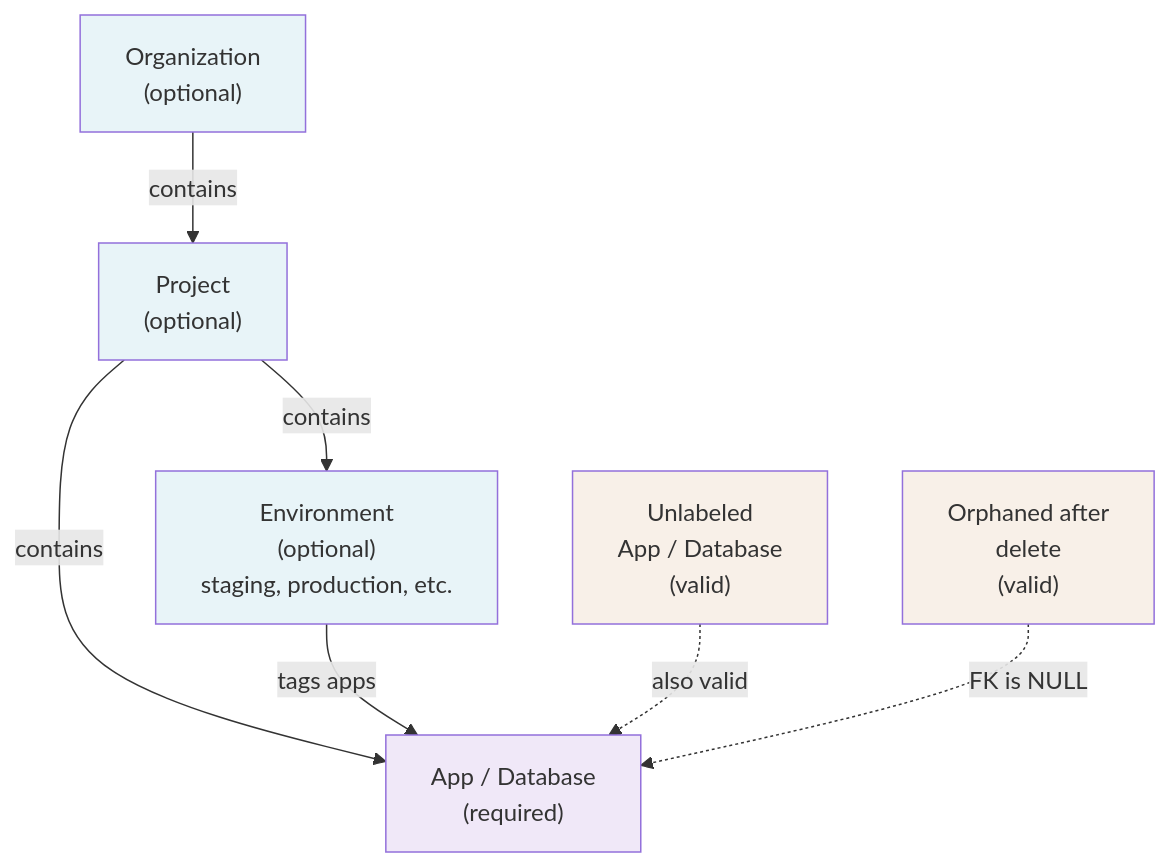
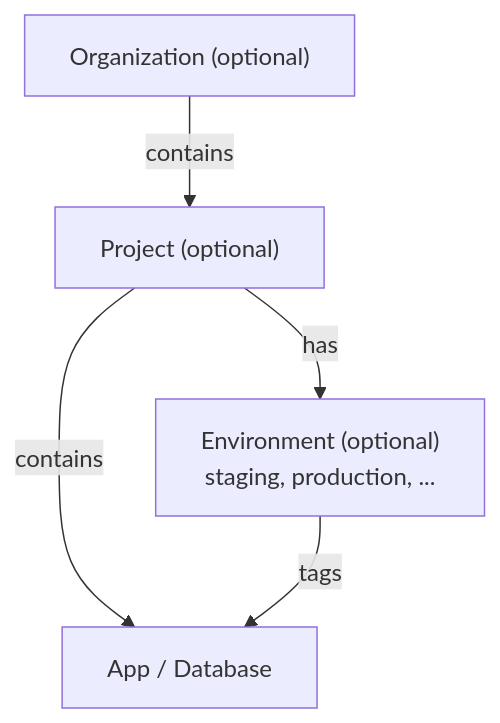
Before and after one commit to glincker/levelrail: the first of 2 diagrams in docs/projects-and-organizations.md, drawn with Mermaid. The commit also changed other lines of this file and 96 other files, not shown here.

````diff
--- a/docs/projects-and-organizations.md
+++ b/docs/projects-and-organizations.md
@@ -26,25 +21,7 @@
 ```mermaid
 graph TD
-  A["Organization<br/>(optional)"]
-  B["Project<br/>(optional)"]
-  C["Environment<br/>(optional)<br/>staging, production, etc."]
-  D["App / Database<br/>(required)"]
-  
-  A -->|contains| B
-  B -->|contains| C
-  B -->|contains| D
-  C -->|tags apps| D
-  
-  E["Unlabeled<br/>App / Database<br/>(valid)"]
-  F["Orphaned after<br/>delete<br/>(valid)"]
-  
-  E -.->|also valid| D
-  F -.->|FK is NULL| D
-  
-  style A fill:#e8f4f8
-  style B fill:#e8f4f8
-  style C fill:#e8f4f8
-  style D fill:#f0e8f8
-  style E fill:#f8f0e8
-  style F fill:#f8f0e8
+  A["Organization (optional)"] -->|contains| B["Project (optional)"]
+  B -->|contains| D["App / Database"]
+  B -->|has| C["Environment (optional)<br/>staging, production, ..."]
+  C -->|tags| D
 ```
````
